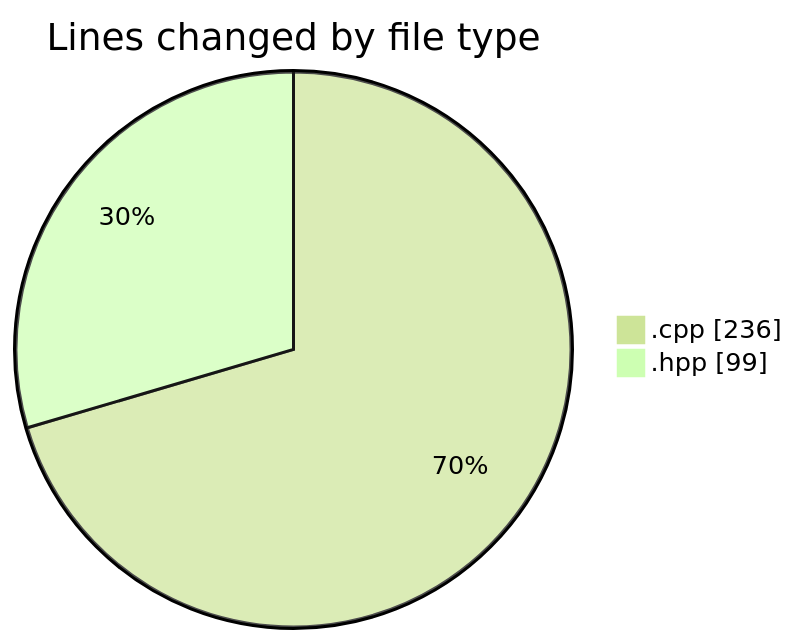
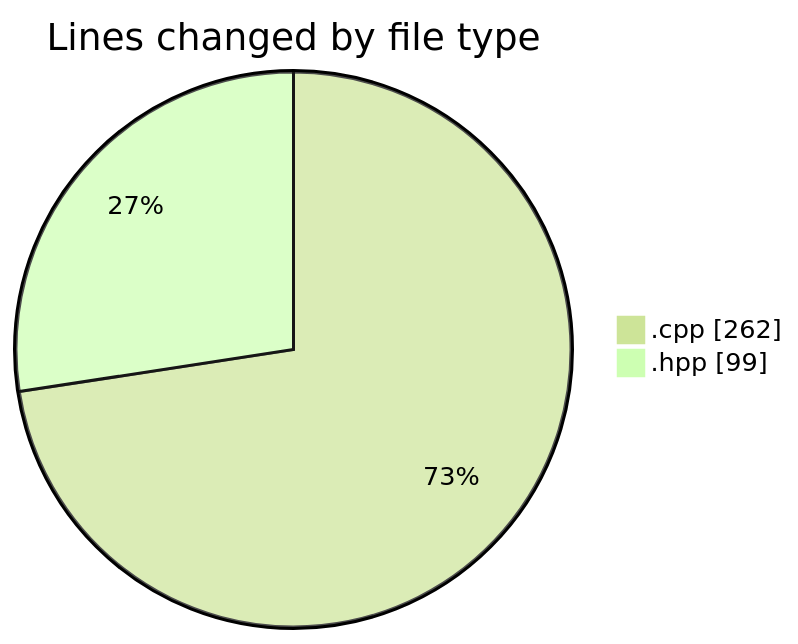
The first of 2 diagrams in 2025-04-25/echo/README.md (Netris89/code-tracking), drawn with Mermaid (forest theme) before and after one commit. The commit also changed other lines of this file and 1 other file, not shown here.

````diff
--- a/2025-04-25/echo/README.md
+++ b/2025-04-25/echo/README.md
@@ -21,6 +21,6 @@
 ```mermaid
 pie showData
 title Lines changed by file type
-".cpp" : 236
+".cpp" : 262
 ".hpp" : 99
 ```
````
